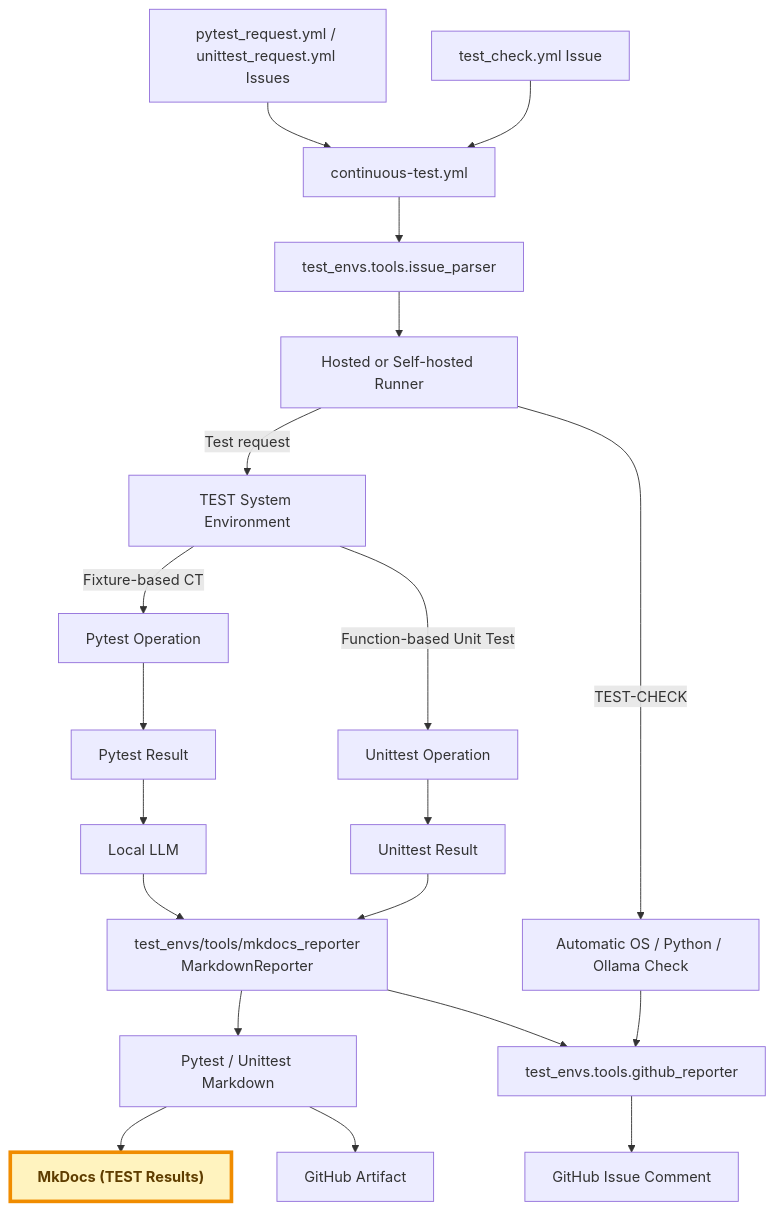
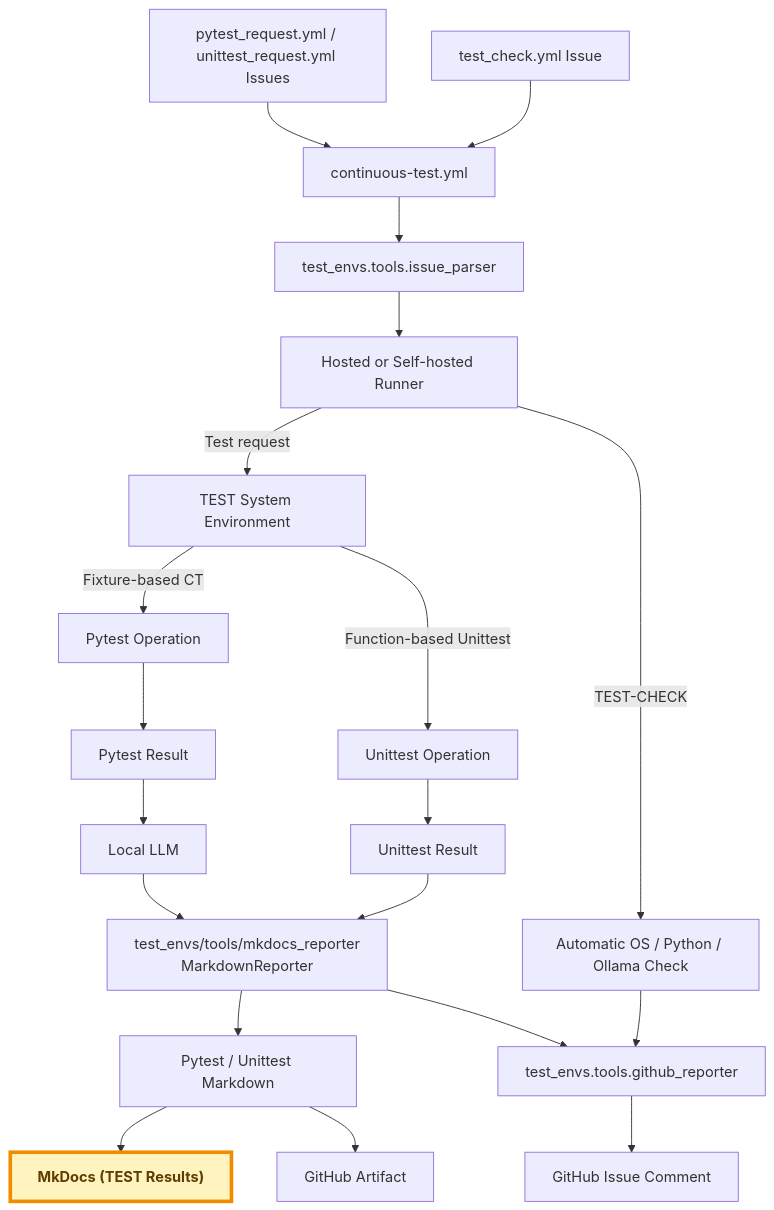
Before and after one commit to JeonghunLee/AI-driven-CI-CT: the second of 2 diagrams in docs/index.md, drawn with Mermaid. The commit also changed other lines of this file and 13 other files, not shown here.

Commit message:
Remove outdated unittest result files and update index to reflect recent test execution changes

````diff
--- a/docs/index.md
+++ b/docs/index.md
@@ -127,40 +127,40 @@
 ```mermaid
 flowchart TD
     REQUEST[pytest_request.yml / unittest_request.yml Issues]
     CHECK_REQUEST[test_check.yml Issue]
     WORKFLOW[continuous-test.yml]
     PARSER[test_envs.tools.issue_parser]
     RUNNER[Hosted or Self-hosted Runner]
     ENV[TEST System Environment]
     ENV_CHECK[Automatic OS / Python / Ollama Check]
     PYTEST[Pytest Operation]
     UNITTEST[Unittest Operation]
     PYTEST_RESULT[Pytest Result]
     UNITTEST_RESULT[Unittest Result]
     LLM[Local LLM]
     REPORTER["test_envs/tools/mkdocs_reporter<br/>MarkdownReporter"]
     GITHUB_REPORTER[test_envs.tools.github_reporter]
     MARKDOWN["Pytest / Unittest Markdown"]
     MKDOCS["MkDocs (TEST Results)"]
     ISSUE[GitHub Issue Comment]
     ARTIFACT[GitHub Artifact]
 
     REQUEST --> WORKFLOW
     CHECK_REQUEST --> WORKFLOW
     WORKFLOW --> PARSER --> RUNNER
     RUNNER -->|Test request| ENV
     RUNNER -->|TEST-CHECK| ENV_CHECK --> GITHUB_REPORTER --> ISSUE
     ENV -->|Fixture-based CT| PYTEST
-    ENV -->|Function-based Unit Test| UNITTEST
+    ENV -->|Function-based Unittest| UNITTEST
 
     PYTEST --> PYTEST_RESULT --> LLM --> REPORTER
     UNITTEST --> UNITTEST_RESULT --> REPORTER
 
     REPORTER --> MARKDOWN
     MARKDOWN --> MKDOCS
     REPORTER --> GITHUB_REPORTER
     MARKDOWN --> ARTIFACT
 
     classDef testResults fill:#fff3bf,stroke:#f08c00,stroke-width:4px,color:#5f3d00,font-weight:bold
     class MKDOCS testResults
 ```
````
